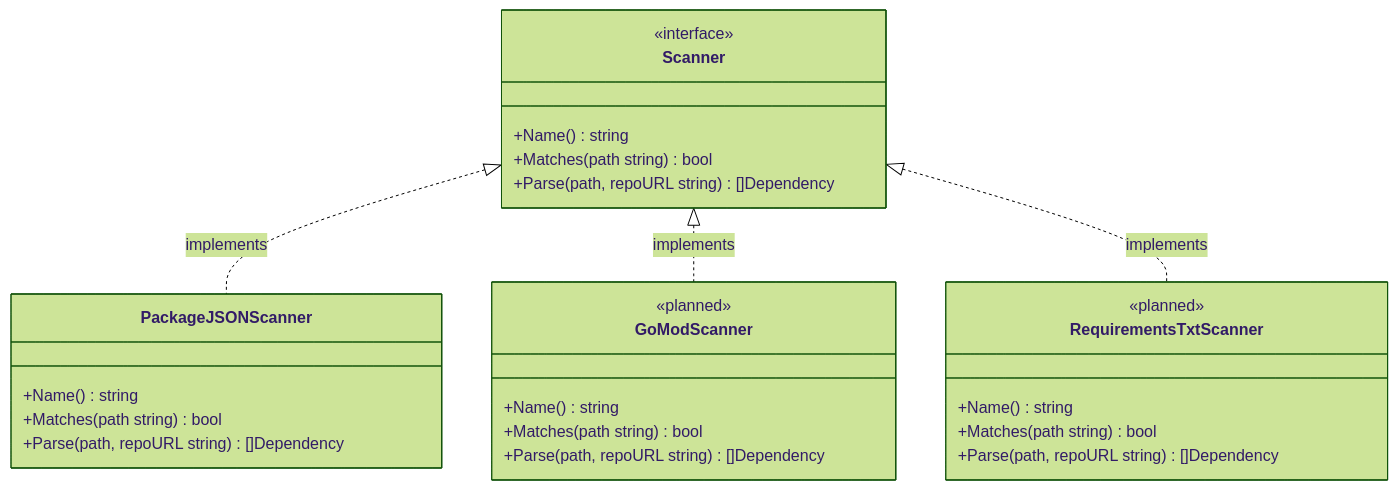
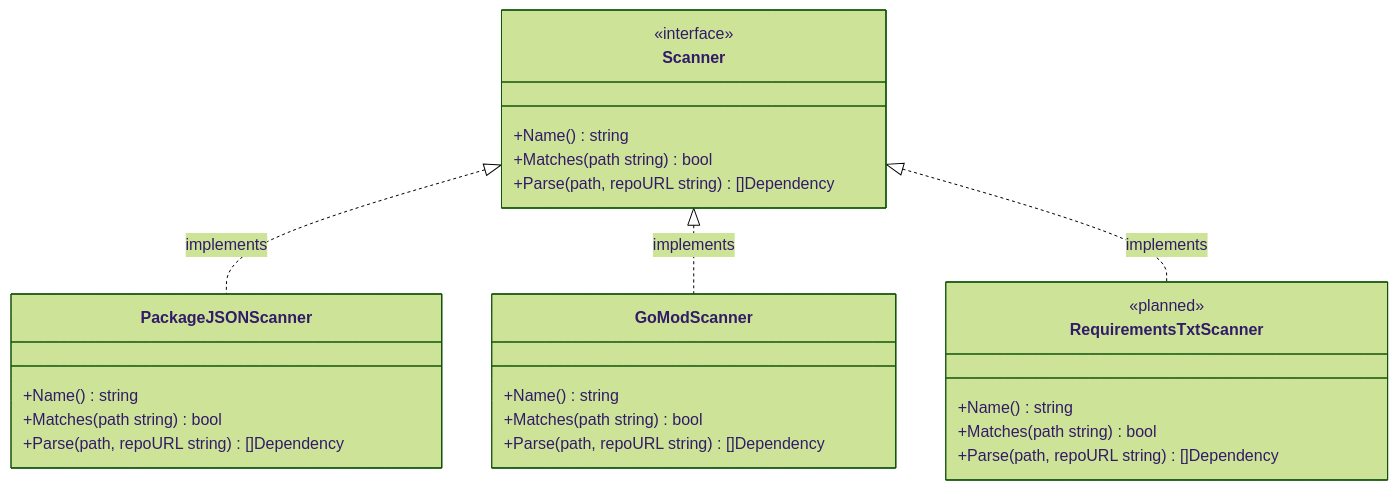
Before and after one commit to Holquaria/dep-health: the fourth of 17 diagrams in docs/architecture.md, drawn with Mermaid (forest theme). The commit also changed other lines of this file and 29 other files, not shown here.

````diff
--- a/docs/architecture.md
+++ b/docs/architecture.md
@@ -160,33 +200,32 @@
 ```mermaid
 classDiagram
     class Scanner {
         <<interface>>
         +Name() string
         +Matches(path string) bool
         +Parse(path, repoURL string) []Dependency
     }
 
     class PackageJSONScanner {
         +Name() string
         +Matches(path string) bool
         +Parse(path, repoURL string) []Dependency
     }
 
     class GoModScanner {
-        <<planned>>
         +Name() string
         +Matches(path string) bool
         +Parse(path, repoURL string) []Dependency
     }
 
     class RequirementsTxtScanner {
         <<planned>>
         +Name() string
         +Matches(path string) bool
         +Parse(path, repoURL string) []Dependency
     }
 
     Scanner <|.. PackageJSONScanner : implements
     Scanner <|.. GoModScanner : implements
     Scanner <|.. RequirementsTxtScanner : implements
 ```
````
